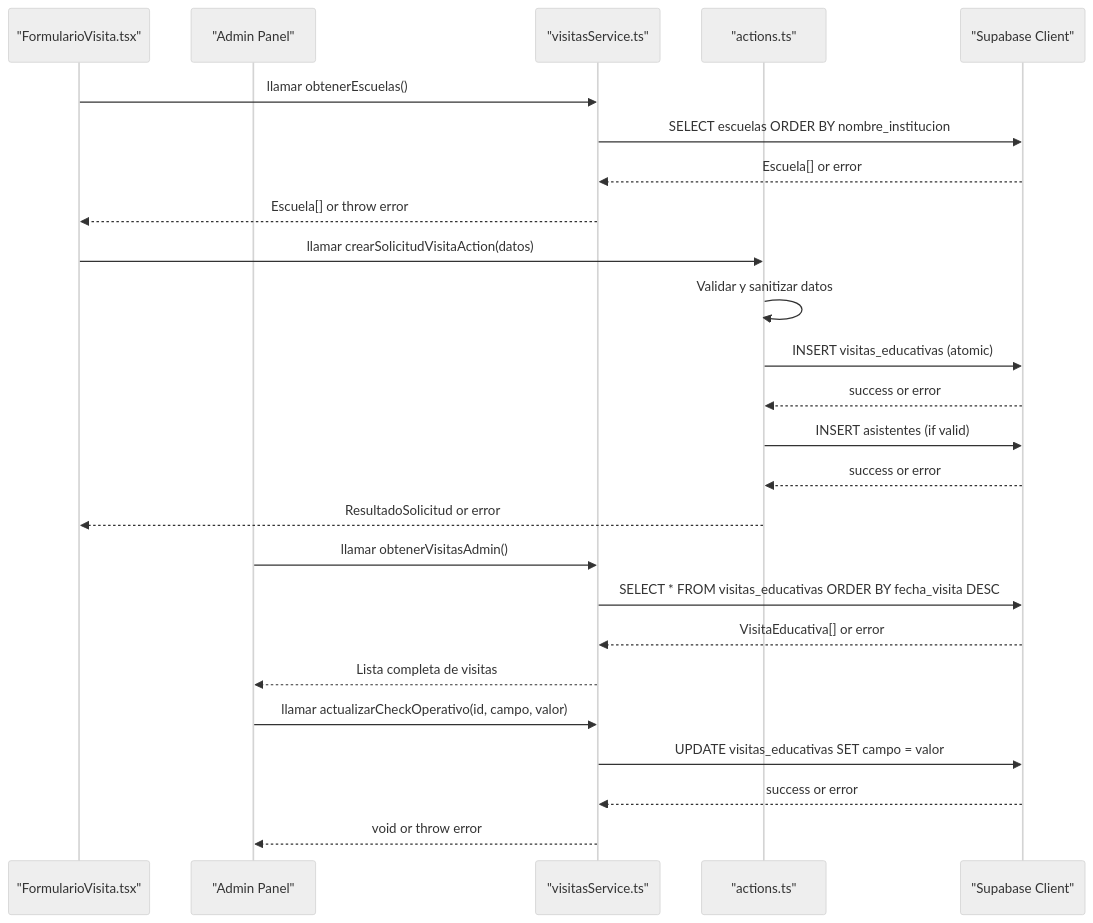
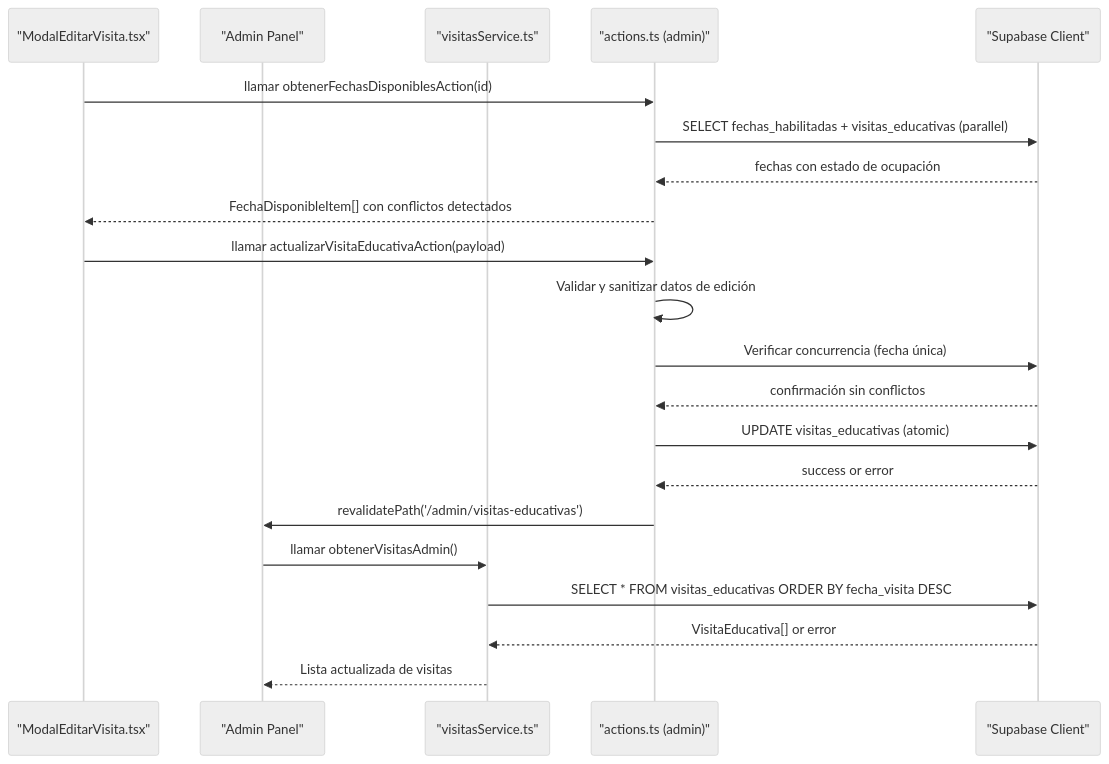
Before and after one commit to AgusCatra/simu-twin-web: the second of 3 diagrams in .qoder/repowiki/en/content/Core Services & Business Logic/Visit Management Service.md, drawn with Mermaid (neutral theme). The commit also changed other lines of this file and 11 other files, not shown here.

First line of the commit message:
docs(admin): actualizar la documentación del panel administrativo

````diff
--- a/.qoder/repowiki/en/content/Core Services & Business Logic/Visit Management Service.md
+++ b/.qoder/repowiki/en/content/Core Services & Business Logic/Visit Management Service.md
@@ -144,27 +154,23 @@
 ```mermaid
 sequenceDiagram
-participant UI as "FormularioVisita.tsx"
+participant UI as "ModalEditarVisita.tsx"
 participant ADMIN as "Admin Panel"
 participant SVC as "visitasService.ts"
-participant ACTION as "actions.ts"
+participant ACTION as "actions.ts (admin)"
 participant DB as "Supabase Client"
-UI->>SVC : llamar obtenerEscuelas()
-SVC->>DB : SELECT escuelas ORDER BY nombre_institucion
-DB-->>SVC : Escuela[] or error
-SVC-->>UI : Escuela[] or throw error
-UI->>ACTION : llamar crearSolicitudVisitaAction(datos)
-ACTION->>ACTION : Validar y sanitizar datos
-ACTION->>DB : INSERT visitas_educativas (atomic)
+UI->>ACTION : llamar obtenerFechasDisponiblesAction(id)
+ACTION->>DB : SELECT fechas_habilitadas + visitas_educativas (parallel)
+DB-->>ACTION : fechas con estado de ocupación
+ACTION-->>UI : FechaDisponibleItem[] con conflictos detectados
+UI->>ACTION : llamar actualizarVisitaEducativaAction(payload)
+ACTION->>ACTION : Validar y sanitizar datos de edición
+ACTION->>DB : Verificar concurrencia (fecha única)
+DB-->>ACTION : confirmación sin conflictos
+ACTION->>DB : UPDATE visitas_educativas (atomic)
 DB-->>ACTION : success or error
-ACTION->>DB : INSERT asistentes (if valid)
-DB-->>ACTION : success or error
-ACTION-->>UI : ResultadoSolicitud or error
+ACTION->>ADMIN : revalidatePath('/admin/visitas-educativas')
 ADMIN->>SVC : llamar obtenerVisitasAdmin()
 SVC->>DB : SELECT * FROM visitas_educativas ORDER BY fecha_visita DESC
 DB-->>SVC : VisitaEducativa[] or error
-SVC-->>ADMIN : Lista completa de visitas
-ADMIN->>SVC : llamar actualizarCheckOperativo(id, campo, valor)
-SVC->>DB : UPDATE visitas_educativas SET campo = valor
-DB-->>SVC : success or error
-SVC-->>ADMIN : void or throw error
+SVC-->>ADMIN : Lista actualizada de visitas
 ```
````
